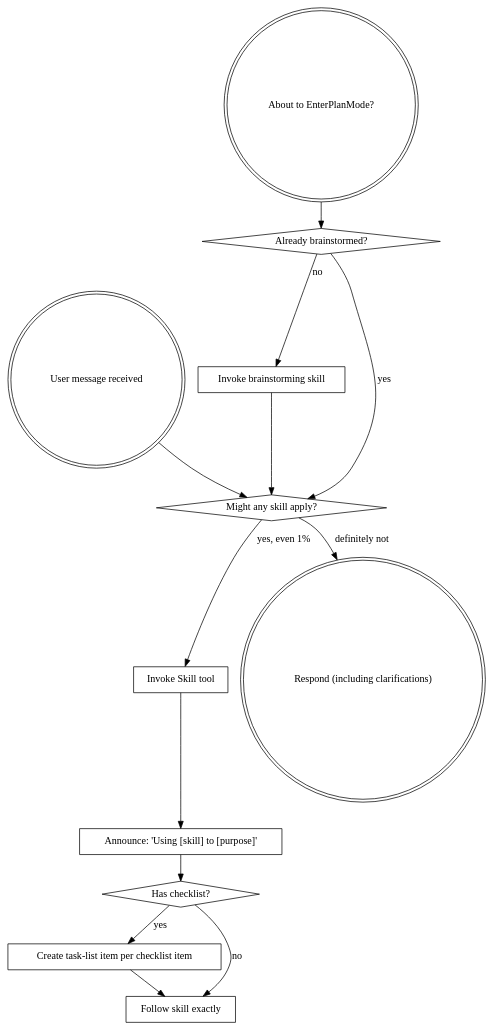
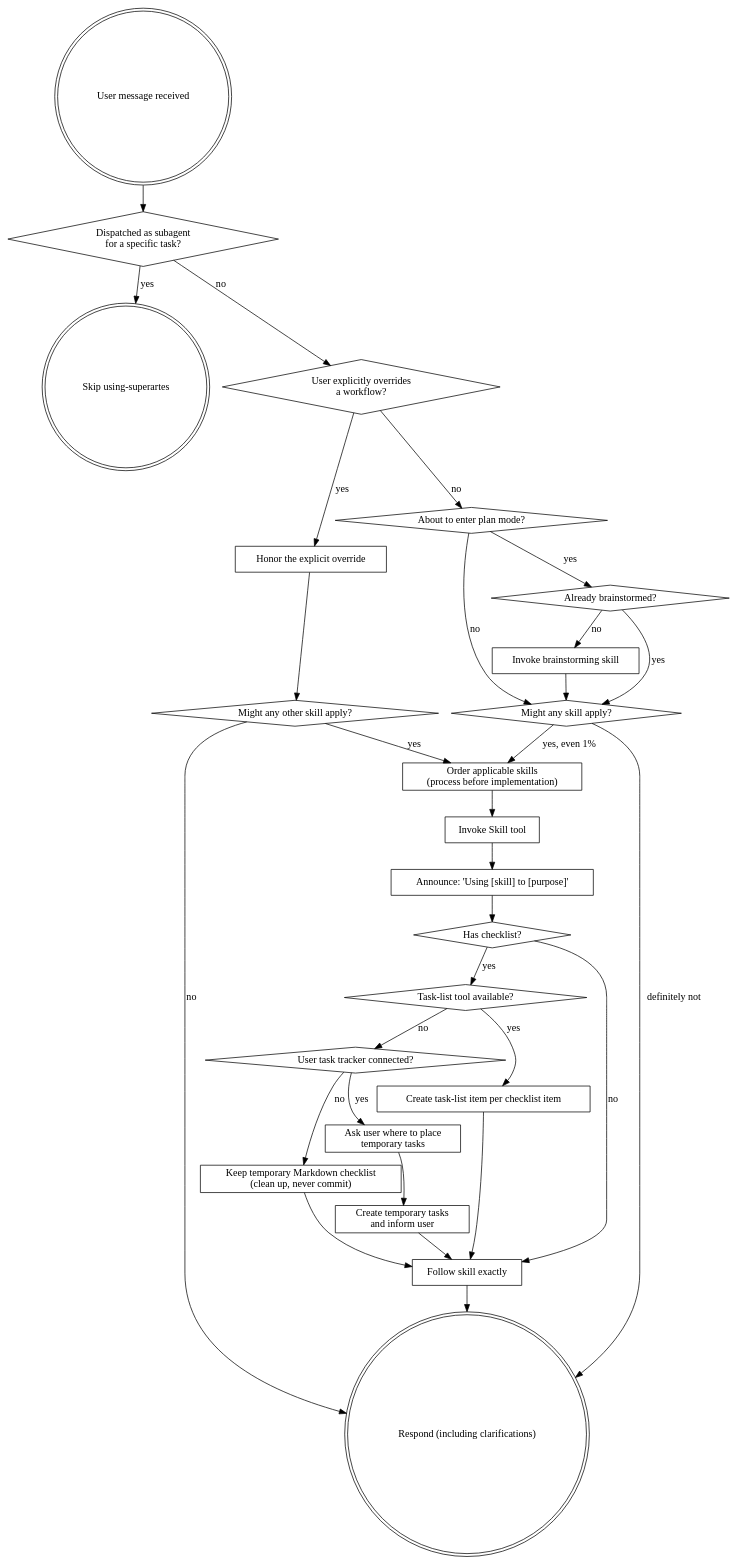
The diagram in skills/using-superartes/SKILL.md (andybrandt/superartes), drawn with Graphviz before and after one commit. The commit also changed other lines of this file and 7 other files, not shown here.

First line of the commit message:
v1.4.5 - update Codex and Stitch skill flows

````diff
--- a/skills/using-superartes/SKILL.md
+++ b/skills/using-superartes/SKILL.md
@@ -48,29 +50,56 @@
 ```dot
 digraph skill_flow {
     "User message received" [shape=doublecircle];
-    "About to EnterPlanMode?" [shape=doublecircle];
+    "Dispatched as subagent\nfor a specific task?" [shape=diamond];
+    "Skip using-superartes" [shape=doublecircle];
+    "User explicitly overrides\na workflow?" [shape=diamond];
+    "Honor the explicit override" [shape=box];
+    "Might any other skill apply?" [shape=diamond];
+    "About to enter plan mode?" [shape=diamond];
     "Already brainstormed?" [shape=diamond];
     "Invoke brainstorming skill" [shape=box];
     "Might any skill apply?" [shape=diamond];
+    "Order applicable skills\n(process before implementation)" [shape=box];
     "Invoke Skill tool" [shape=box];
     "Announce: 'Using [skill] to [purpose]'" [shape=box];
     "Has checklist?" [shape=diamond];
+    "Task-list tool available?" [shape=diamond];
     "Create task-list item per checklist item" [shape=box];
+    "User task tracker connected?" [shape=diamond];
+    "Ask user where to place\ntemporary tasks" [shape=box];
+    "Create temporary tasks\nand inform user" [shape=box];
+    "Keep temporary Markdown checklist\n(clean up, never commit)" [shape=box];
     "Follow skill exactly" [shape=box];
     "Respond (including clarifications)" [shape=doublecircle];
 
-    "About to EnterPlanMode?" -> "Already brainstormed?";
+    "User message received" -> "Dispatched as subagent\nfor a specific task?";
+    "Dispatched as subagent\nfor a specific task?" -> "Skip using-superartes" [label="yes"];
+    "Dispatched as subagent\nfor a specific task?" -> "User explicitly overrides\na workflow?" [label="no"];
+    "User explicitly overrides\na workflow?" -> "Honor the explicit override" [label="yes"];
+    "User explicitly overrides\na workflow?" -> "About to enter plan mode?" [label="no"];
+    "Honor the explicit override" -> "Might any other skill apply?";
+    "Might any other skill apply?" -> "Order applicable skills\n(process before implementation)" [label="yes"];
+    "Might any other skill apply?" -> "Respond (including clarifications)" [label="no"];
+    "About to enter plan mode?" -> "Already brainstormed?" [label="yes"];
+    "About to enter plan mode?" -> "Might any skill apply?" [label="no"];
     "Already brainstormed?" -> "Invoke brainstorming skill" [label="no"];
     "Already brainstormed?" -> "Might any skill apply?" [label="yes"];
     "Invoke brainstorming skill" -> "Might any skill apply?";
-
-    "User message received" -> "Might any skill apply?";
-    "Might any skill apply?" -> "Invoke Skill tool" [label="yes, even 1%"];
+    "Might any skill apply?" -> "Order applicable skills\n(process before implementation)" [label="yes, even 1%"];
     "Might any skill apply?" -> "Respond (including clarifications)" [label="definitely not"];
+    "Order applicable skills\n(process before implementation)" -> "Invoke Skill tool";
     "Invoke Skill tool" -> "Announce: 'Using [skill] to [purpose]'";
     "Announce: 'Using [skill] to [purpose]'" -> "Has checklist?";
-    "Has checklist?" -> "Create task-list item per checklist item" [label="yes"];
+    "Has checklist?" -> "Task-list tool available?" [label="yes"];
     "Has checklist?" -> "Follow skill exactly" [label="no"];
+    "Task-list tool available?" -> "Create task-list item per checklist item" [label="yes"];
+    "Task-list tool available?" -> "User task tracker connected?" [label="no"];
+    "User task tracker connected?" -> "Ask user where to place\ntemporary tasks" [label="yes"];
+    "User task tracker connected?" -> "Keep temporary Markdown checklist\n(clean up, never commit)" [label="no"];
+    "Ask user where to place\ntemporary tasks" -> "Create temporary tasks\nand inform user";
     "Create task-list item per checklist item" -> "Follow skill exactly";
+    "Create temporary tasks\nand inform user" -> "Follow skill exactly";
+    "Keep temporary Markdown checklist\n(clean up, never commit)" -> "Follow skill exactly";
+    "Follow skill exactly" -> "Respond (including clarifications)";
 }
 ```
````
